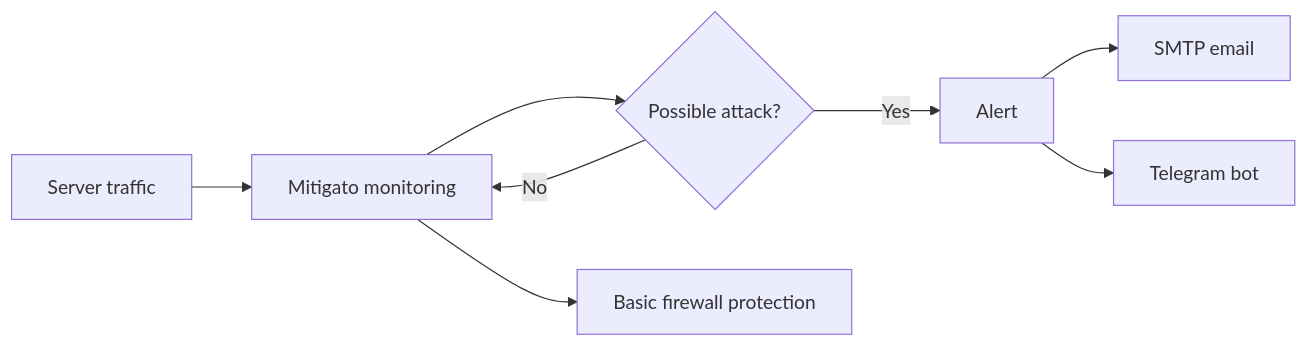
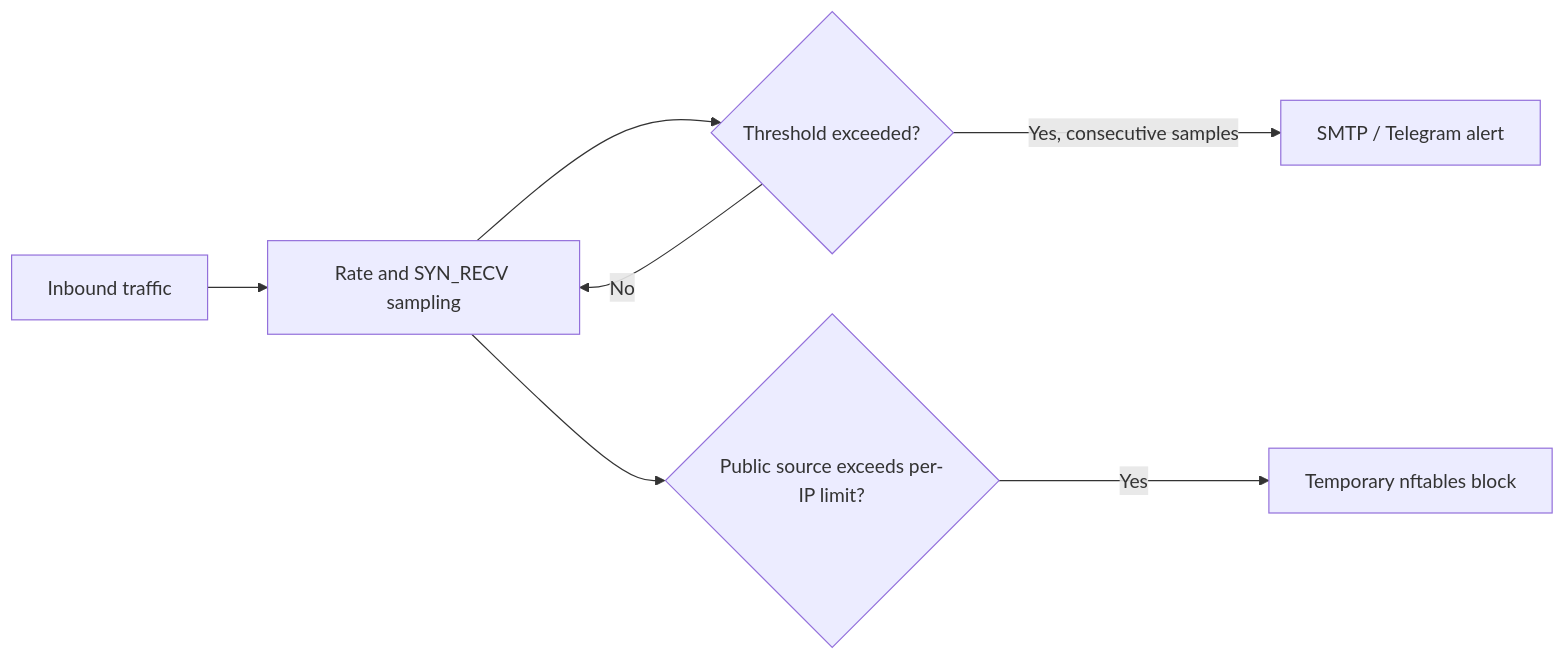
One commit to THWEDOKA/Mitigato changed the diagram in README.md. Above: the diagram before and after it, drawn with Mermaid. The commit also changed other lines of this file and 8 other files, not shown here.

Commit message:
Release initial DDoS monitor with alerts and nftables protection

````diff
--- a/README.md
+++ b/README.md
@@ -38,10 +32,9 @@
 ```mermaid
 flowchart LR
-    A[Server traffic] --> B[Mitigato monitoring]
-    B --> C{Possible attack?}
+    A[Inbound traffic] --> B[Rate and SYN_RECV sampling]
+    B --> C{Threshold exceeded?}
+    C -- Yes, consecutive samples --> D[SMTP / Telegram alert]
     C -- No --> B
-    C -- Yes --> D[Alert]
-    D --> E[SMTP email]
-    D --> F[Telegram bot]
-    B --> G[Basic firewall protection]
+    B --> E{Public source exceeds per-IP limit?}
+    E -- Yes --> F[Temporary nftables block]
 ```
````
